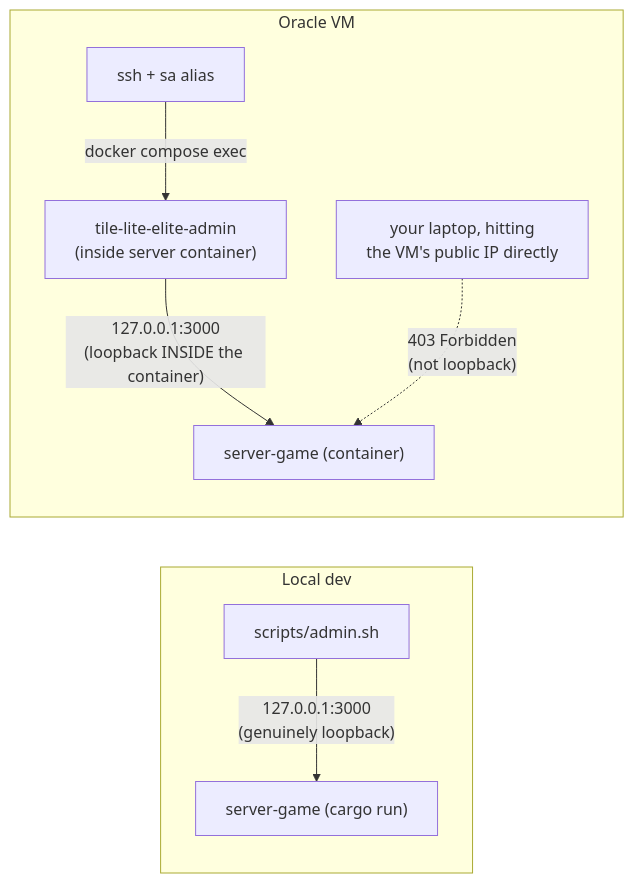
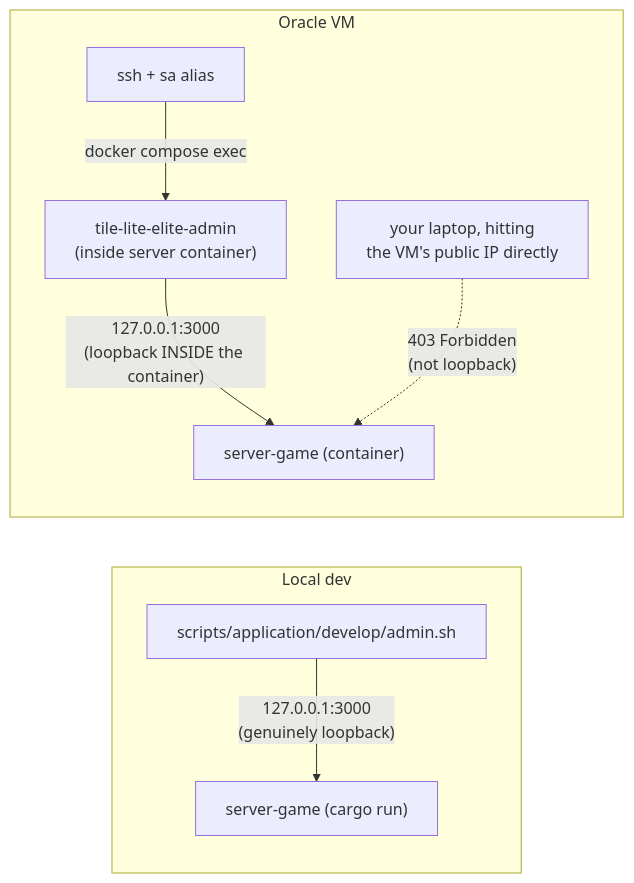
One commit to delphside/tile-lite-elite changed the second of 2 diagrams in docs/3.4-production-environment.md. Above: the diagram before and after it, drawn with Mermaid. The commit also changed other lines of this file and 142 other files, not shown here.

Commit message:
app 0.9.1 api 2.15: the application's scripts move into scripts/application/ (develop, deliver, operate, measure) and every caller, test and path follows (Refs #447)

````diff
--- a/docs/3.4-production-environment.md
+++ b/docs/3.4-production-environment.md
@@ -142,11 +142,11 @@
 ```mermaid
 flowchart LR
     subgraph Local dev
-        AdminSh["scripts/admin.sh"] -- "127.0.0.1:3000\n(genuinely loopback)" --> DevServer["server-game (cargo run)"]
+        AdminSh["scripts/application/develop/admin.sh"] -- "127.0.0.1:3000\n(genuinely loopback)" --> DevServer["server-game (cargo run)"]
     end
     subgraph Oracle VM
         SSH["ssh + sa alias"] -- "docker compose exec" --> Container["tile-lite-elite-admin\n(inside server container)"]
         Container -- "127.0.0.1:3000\n(loopback INSIDE the container)" --> ProdServer["server-game (container)"]
         Outsider["your laptop, hitting\nthe VM's public IP directly"] -. "403 Forbidden\n(not loopback)" .-> ProdServer
     end
 ```
````
